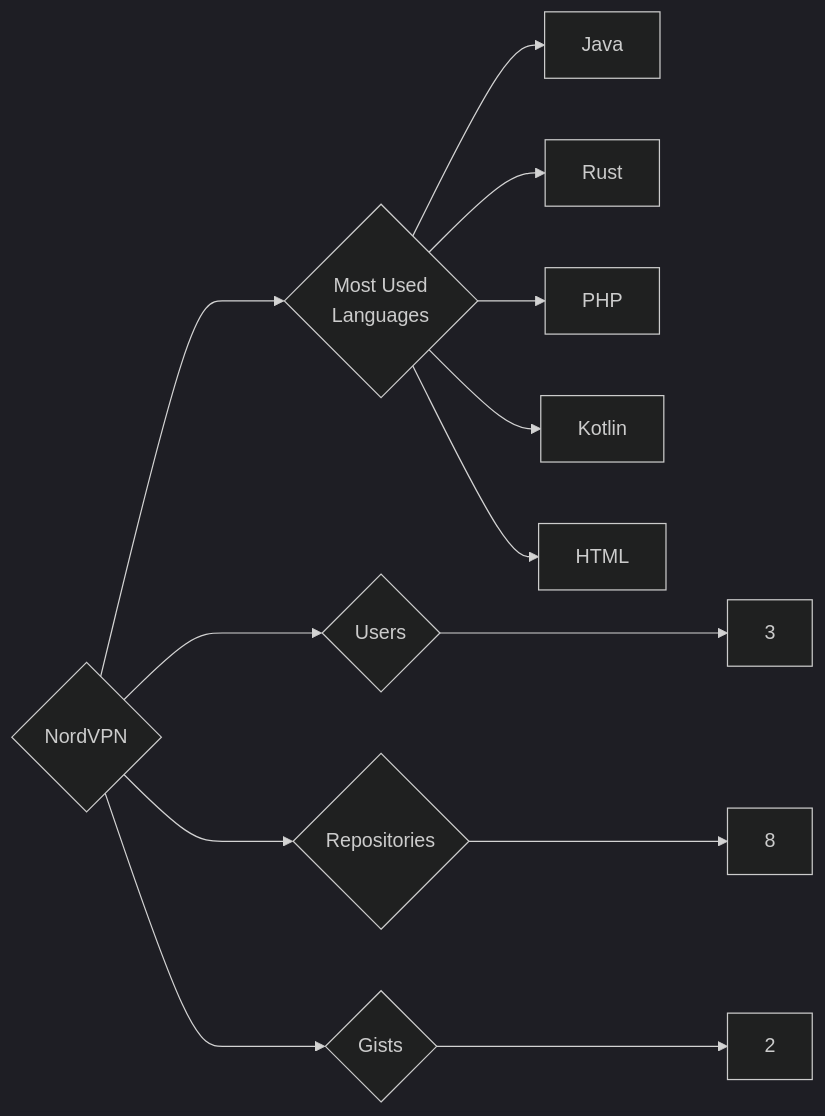
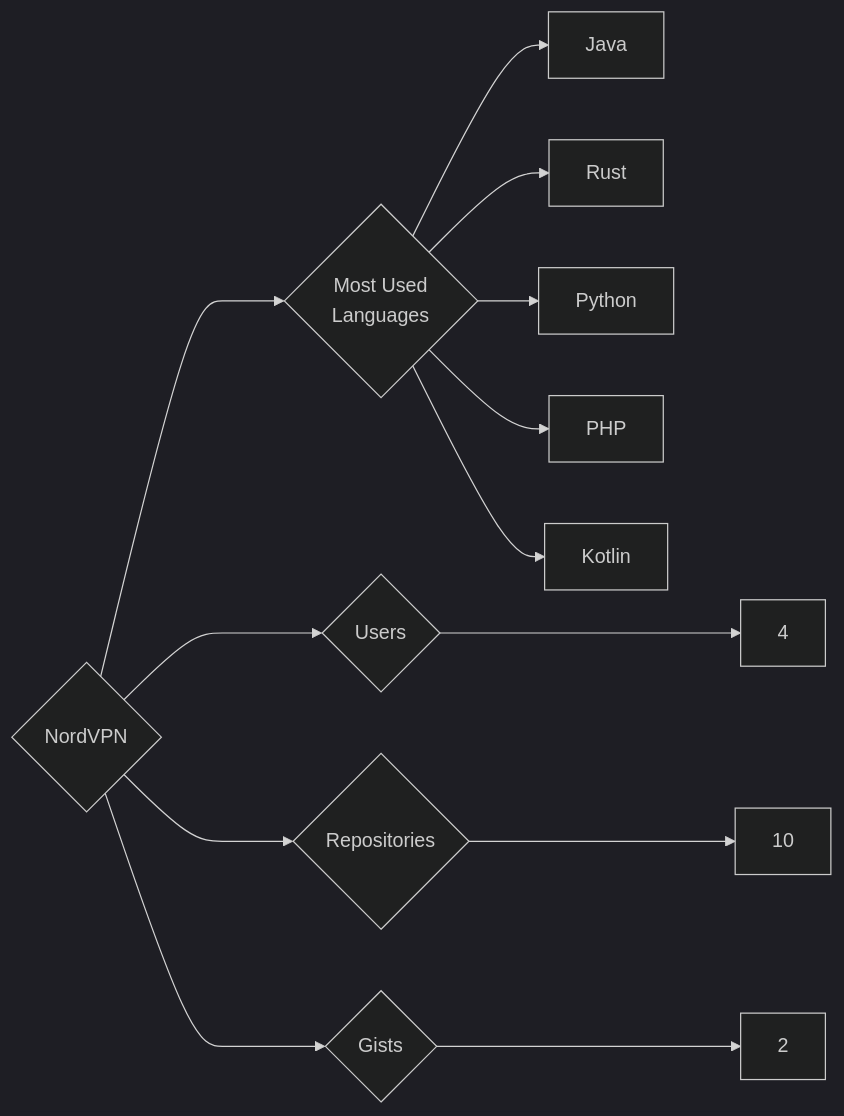
Before and after one commit to trickest/insiders: the diagram in targets/NordVPN/README.md, drawn with Mermaid (dark theme). The commit also changed 973 other files, not shown here.

````diff
--- a/targets/NordVPN/README.md
+++ b/targets/NordVPN/README.md
@@ -3,13 +3,13 @@
 ```mermaid
 graph LR
 COMPANY_NAME{NordVPN}
-COMPANY_NAME ---> U{Users} ---> UN[3]
-COMPANY_NAME ---> R{Repositories} ---> RN[8]
+COMPANY_NAME ---> U{Users} ---> UN[4]
+COMPANY_NAME ---> R{Repositories} ---> RN[10]
 COMPANY_NAME ---> G{Gists} ---> GN[2]
 COMPANY_NAME ---> ML{Most Used<br>Languages}
 ML --> Java[Java]
 ML --> Rust[Rust]
+ML --> Python[Python]
 ML --> PHP[PHP]
 ML --> Kotlin[Kotlin]
-ML --> HTML[HTML]
 ```
````
